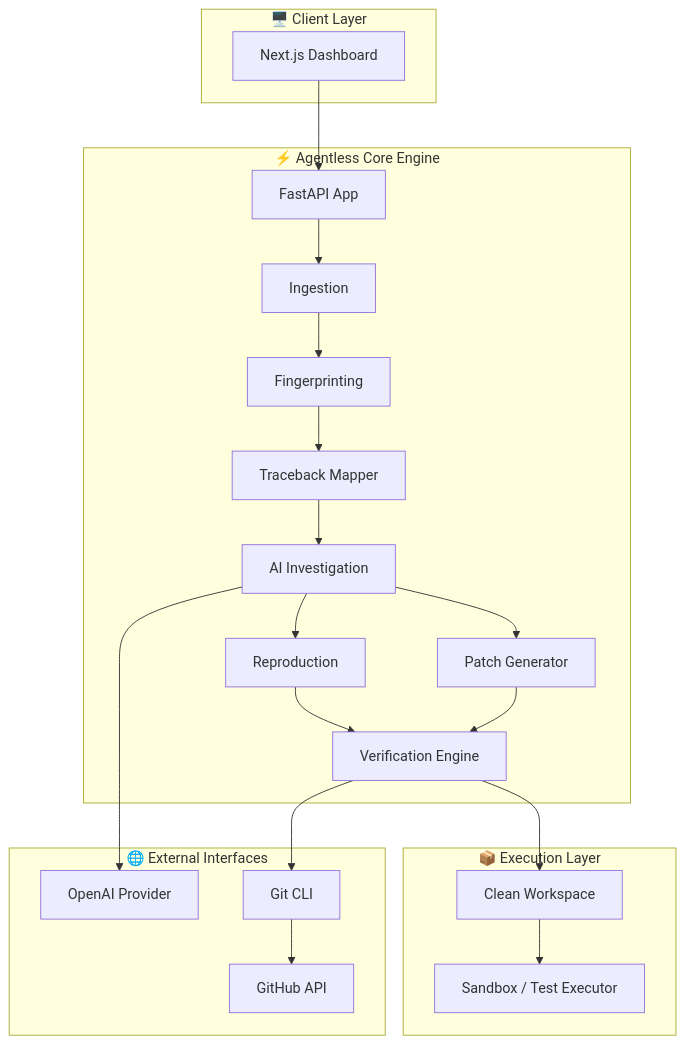
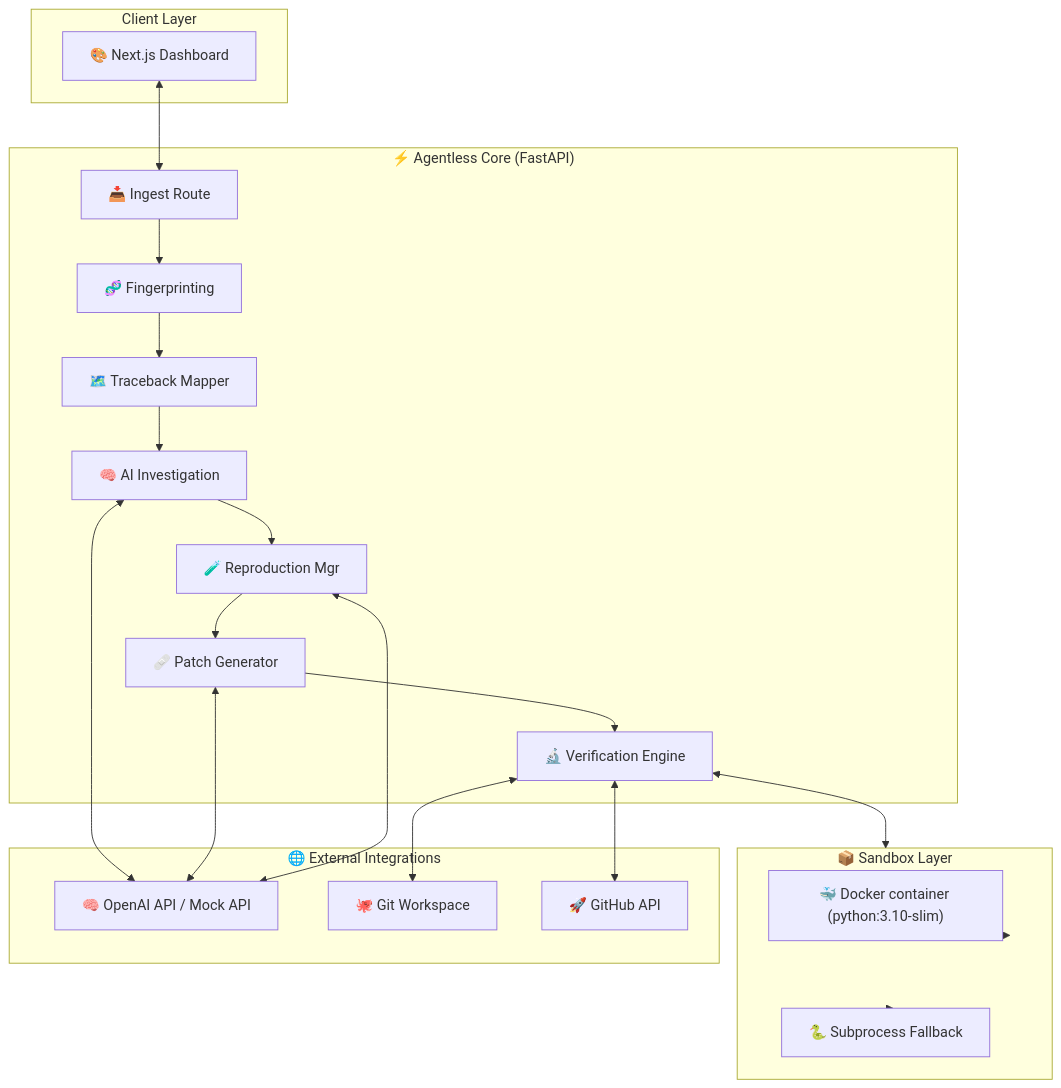
One commit to NITISH-027/agentless-api-observability changed the second of 2 diagrams in README.md. Above: the diagram before and after it, drawn with Mermaid. The commit also changed other lines of this file, not shown here.

````diff
--- a/README.md
+++ b/README.md
@@ -1946,36 +245,38 @@
 ```mermaid
-flowchart TB
-    subgraph CLIENT["🖥️ Client Layer"]
-        UI["Next.js Dashboard"]
+flowchart TD
+    subgraph Client Layer
+        A["🎨 Next.js Dashboard"]
     end
 
-    subgraph CORE["⚡ Agentless Core Engine"]
-        API["FastAPI App"]
-        ING["Ingestion"]
-        FP["Fingerprinting"]
-        MAP["Traceback Mapper"]
-        AI["AI Investigation"]
-        REP["Reproduction"]
-        PATCH["Patch Generator"]
-        VER["Verification Engine"]
+    subgraph Backend Layer ["⚡ Agentless Core (FastAPI)"]
+        B["📥 Ingest Route"]
+        C["🧬 Fingerprinting"]
+        D["🗺️ Traceback Mapper"]
+        E["🧠 AI Investigation"]
+        F["🧪 Reproduction Mgr"]
+        G["🩹 Patch Generator"]
+        H["🔬 Verification Engine"]
     end
 
-    subgraph EXEC["📦 Execution Layer"]
-        WS["Clean Workspace"]
-        SB["Sandbox / Test Executor"]
+    subgraph Sandbox ["📦 Sandbox Layer"]
+        I["🐳 Docker container (python:3.10-slim)"]
+        J["🐍 Subprocess Fallback"]
     end
 
-    subgraph EXT["🌐 External Interfaces"]
-        LLM["OpenAI Provider"]
-        GIT["Git CLI"]
-        GH["GitHub API"]
+    subgraph External ["🌐 External Integrations"]
+        K["🧠 OpenAI API / Mock API"]
+        L["🐙 Git Workspace"]
+        M["🚀 GitHub API"]
     end
 
-    UI --> API
-    API --> ING --> FP --> MAP --> AI
-    AI --> LLM
-    AI --> REP & PATCH
-    REP & PATCH --> VER
-    VER --> WS --> SB
-    VER --> GIT --> GH
+    A <--> B
+    B --> C --> D --> E --> F --> G --> H
+    H <--> Sandbox
+    Sandbox --> I
+    Sandbox --> J
+    E <--> K
+    G <--> K
+    F <--> K
+    H <--> L
+    H <--> M
 ```
````
